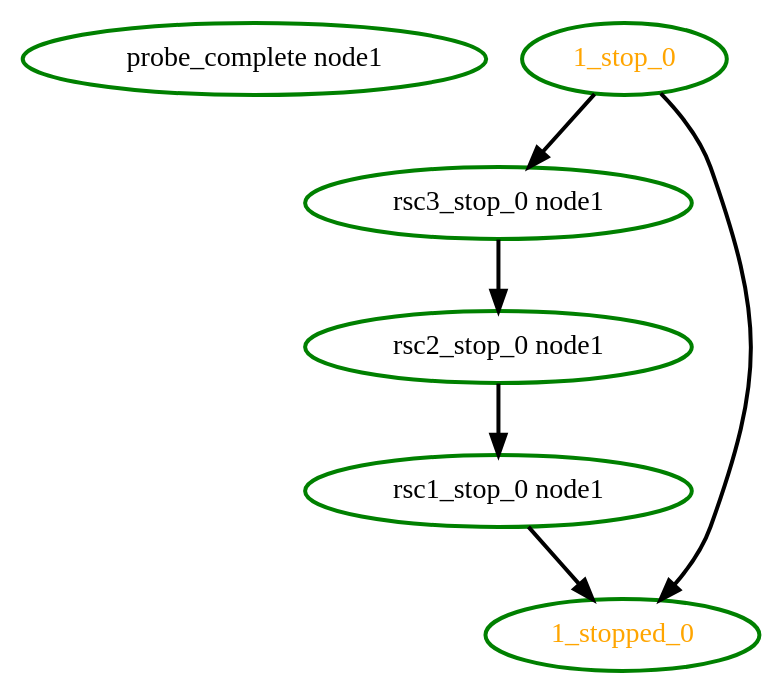
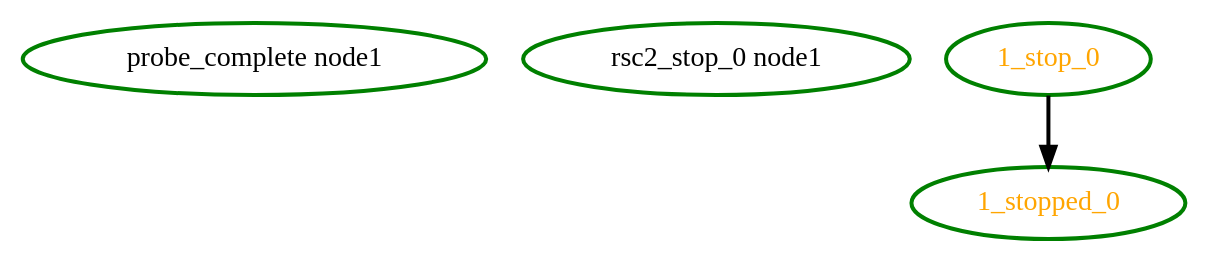
Before and after one commit to richiewen8/heartbeat: the diagram in crm/pengine/testcases/group11.dot, drawn with Graphviz. The commit also changed 13 other files, not shown here.

```diff
--- a/crm/pengine/testcases/group11.dot
+++ b/crm/pengine/testcases/group11.dot
@@ -1,14 +1,8 @@
 digraph "g" {
 	size = "30,30"
 "probe_complete node1" [ style=bold color="green" fontcolor="black" ]
-"rsc1_stop_0 node1" [ style=bold color="green" fontcolor="black" ]
 "rsc2_stop_0 node1" [ style=bold color="green" fontcolor="black" ]
-"rsc3_stop_0 node1" [ style=bold color="green" fontcolor="black" ]
 "1_stop_0" [ style=bold color="green" fontcolor="orange" ]
 "1_stopped_0" [ style=bold color="green" fontcolor="orange" ]
-"rsc2_stop_0 node1" -> "rsc1_stop_0 node1" [ style = bold]
-"rsc3_stop_0 node1" -> "rsc2_stop_0 node1" [ style = bold]
-"1_stop_0" -> "rsc3_stop_0 node1" [ style = bold]
-"rsc1_stop_0 node1" -> "1_stopped_0" [ style = bold]
 "1_stop_0" -> "1_stopped_0" [ style = bold]
 }
```
